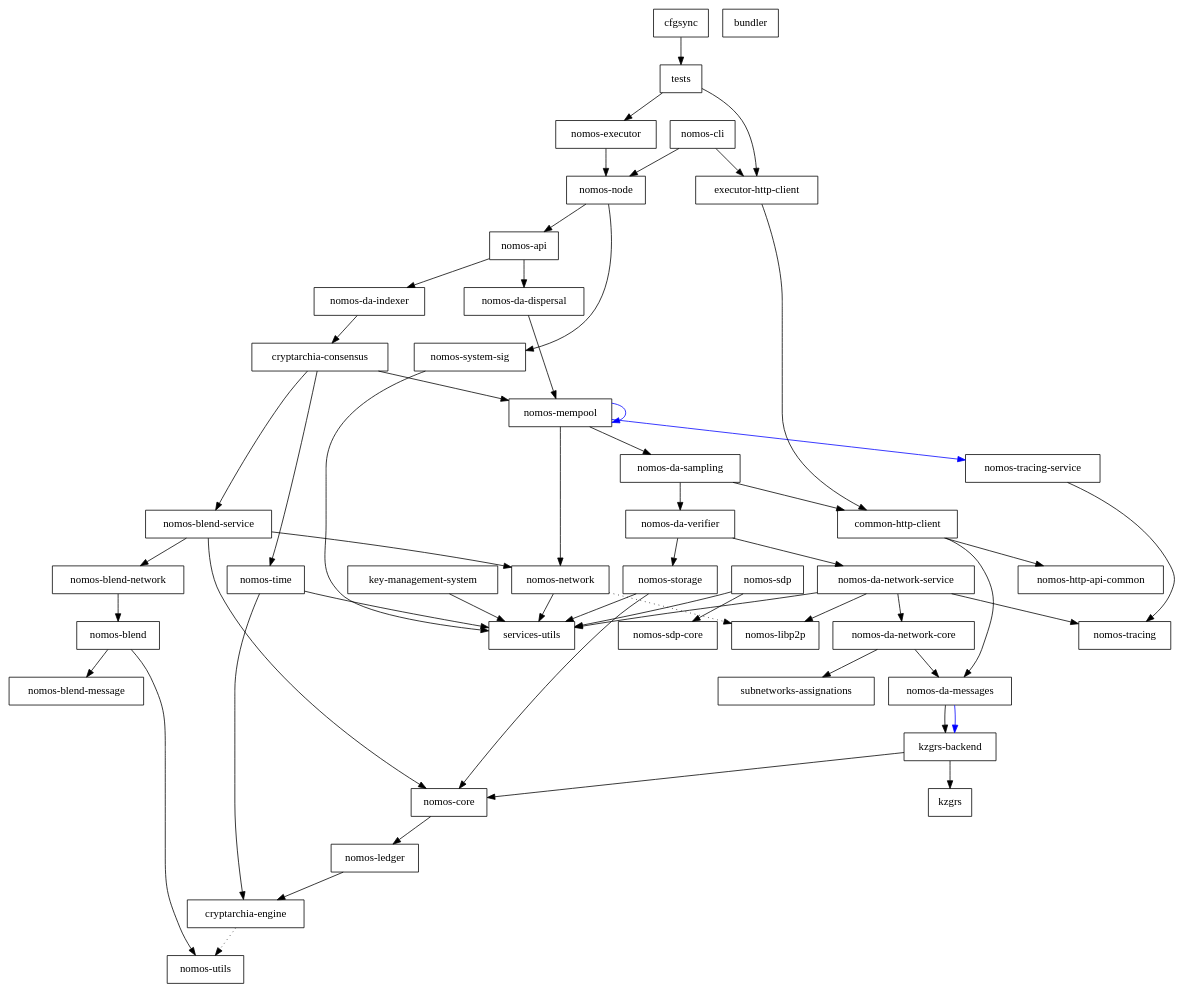
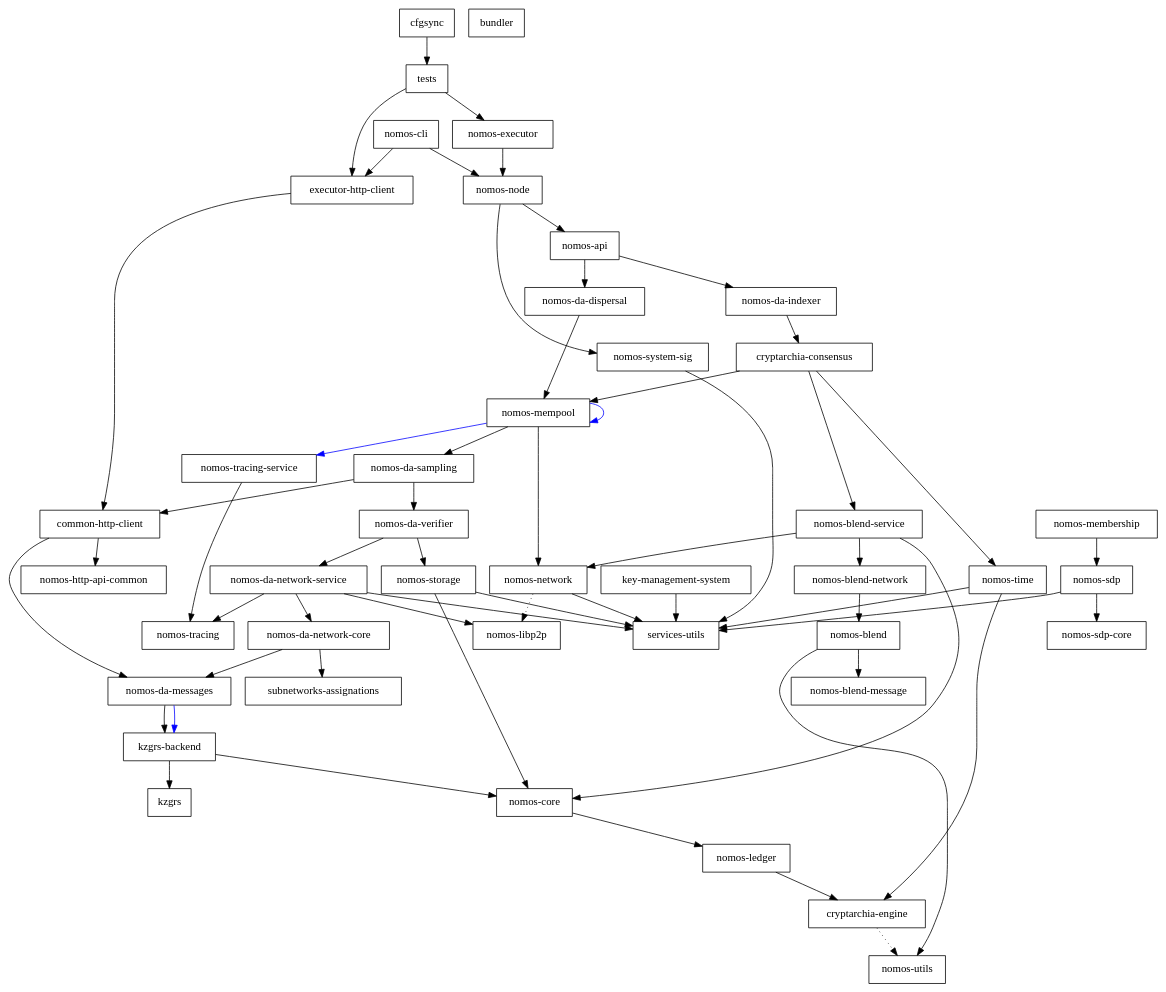
Before and after one commit to Astro521/logos-blockchain: the diagram in dependencies_graph.dot, drawn with Graphviz. The commit also changed 23 other files, not shown here.

```diff
--- a/dependencies_graph.dot
+++ b/dependencies_graph.dot
@@ -1,99 +1,101 @@
 digraph {
     0 [ label = "cryptarchia-engine" shape = box]
     1 [ label = "nomos-utils" shape = box]
     2 [ label = "nomos-ledger" shape = box]
     3 [ label = "nomos-http-api-common" shape = box]
     4 [ label = "nomos-executor" shape = box]
     5 [ label = "kzgrs-backend" shape = box]
     6 [ label = "kzgrs" shape = box]
     7 [ label = "nomos-core" shape = box]
     8 [ label = "nomos-api" shape = box]
     9 [ label = "cryptarchia-consensus" shape = box]
     10 [ label = "nomos-blend-service" shape = box]
     11 [ label = "nomos-blend" shape = box]
     12 [ label = "nomos-blend-message" shape = box]
     13 [ label = "nomos-blend-network" shape = box]
     14 [ label = "nomos-libp2p" shape = box]
     15 [ label = "nomos-network" shape = box]
     16 [ label = "services-utils" shape = box]
     17 [ label = "nomos-da-sampling" shape = box]
     18 [ label = "common-http-client" shape = box]
     19 [ label = "nomos-da-messages" shape = box]
     20 [ label = "nomos-da-network-core" shape = box]
     21 [ label = "subnetworks-assignations" shape = box]
     22 [ label = "nomos-da-network-service" shape = box]
     23 [ label = "nomos-tracing" shape = box]
     24 [ label = "nomos-da-verifier" shape = box]
     25 [ label = "nomos-storage" shape = box]
     26 [ label = "nomos-mempool" shape = box]
     27 [ label = "nomos-tracing-service" shape = box]
     28 [ label = "nomos-time" shape = box]
     29 [ label = "nomos-da-dispersal" shape = box]
     30 [ label = "nomos-da-indexer" shape = box]
     31 [ label = "nomos-node" shape = box]
     32 [ label = "nomos-system-sig" shape = box]
     33 [ label = "executor-http-client" shape = box]
     34 [ label = "bundler" shape = box]
     35 [ label = "nomos-cli" shape = box]
     36 [ label = "nomos-sdp-core" shape = box]
     37 [ label = "key-management-system" shape = box]
-    38 [ label = "nomos-sdp" shape = box]
-    39 [ label = "cfgsync" shape = box]
-    40 [ label = "tests" shape = box]
+    38 [ label = "nomos-membership" shape = box]
+    39 [ label = "nomos-sdp" shape = box]
+    40 [ label = "cfgsync" shape = box]
+    41 [ label = "tests" shape = box]
     0 -> 1 [ style = dotted]
     2 -> 0 [ ]
     4 -> 31 [ ]
     5 -> 6 [ ]
     5 -> 7 [ ]
     7 -> 2 [ ]
     8 -> 29 [ ]
     8 -> 30 [ ]
     9 -> 10 [ ]
     9 -> 26 [ ]
     9 -> 28 [ ]
     10 -> 13 [ ]
     10 -> 7 [ ]
     10 -> 15 [ ]
     11 -> 12 [ ]
     11 -> 1 [ ]
     13 -> 11 [ ]
     15 -> 14 [ style = dotted]
     15 -> 16 [ ]
     17 -> 18 [ ]
     17 -> 24 [ ]
     18 -> 19 [ ]
     18 -> 3 [ ]
     19 -> 5 [ ]
     19 -> 5 [ color = blue]
     20 -> 19 [ ]
     20 -> 21 [ ]
     22 -> 20 [ ]
     22 -> 14 [ ]
     22 -> 23 [ ]
     22 -> 16 [ ]
     24 -> 22 [ ]
     24 -> 25 [ ]
     25 -> 7 [ ]
     25 -> 16 [ ]
     26 -> 17 [ ]
     26 -> 26 [ color = blue]
     26 -> 15 [ ]
     26 -> 27 [ color = blue]
     27 -> 23 [ ]
     28 -> 0 [ ]
     28 -> 16 [ ]
     29 -> 26 [ ]
     30 -> 9 [ ]
     31 -> 8 [ ]
     31 -> 32 [ ]
     32 -> 16 [ ]
     33 -> 18 [ ]
     35 -> 33 [ ]
     35 -> 31 [ ]
     37 -> 16 [ ]
-    38 -> 36 [ ]
-    38 -> 16 [ ]
-    39 -> 40 [ ]
-    40 -> 33 [ ]
-    40 -> 4 [ ]
+    38 -> 39 [ ]
+    39 -> 36 [ ]
+    39 -> 16 [ ]
+    40 -> 41 [ ]
+    41 -> 33 [ ]
+    41 -> 4 [ ]
 }
```
